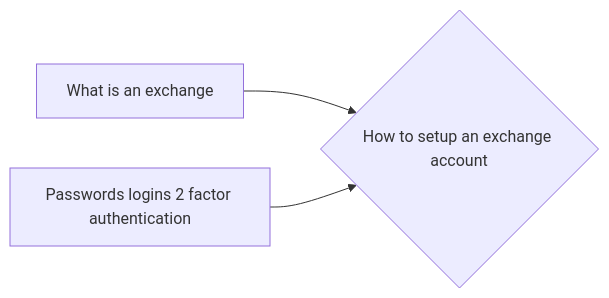
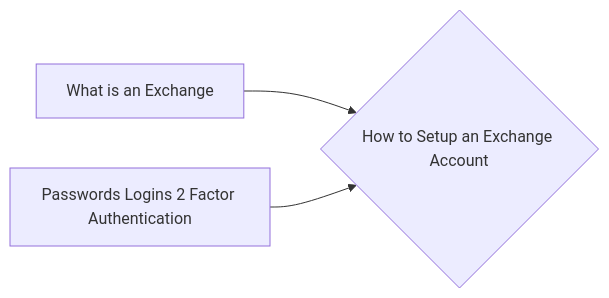
The diagram in notes/How_to_Setup_an_Exchange_Account.md (lpurdy01/crypto-knowledge-map), drawn with Mermaid before and after one commit. The commit also changed 50 other files, not shown here.

````diff
--- a/notes/How_to_Setup_an_Exchange_Account.md
+++ b/notes/How_to_Setup_an_Exchange_Account.md
@@ -9,5 +9,5 @@
 ```mermaid
 graph LR
-1["What is an exchange"]-->0{"How to setup an exchange account"}
-2["Passwords logins 2 factor authentication"]-->0{"How to setup an exchange account"}
+1["What is an Exchange"]-->0{"How to Setup an Exchange Account"}
+2["Passwords Logins 2 Factor Authentication"]-->0{"How to Setup an Exchange Account"}
 ```
````
